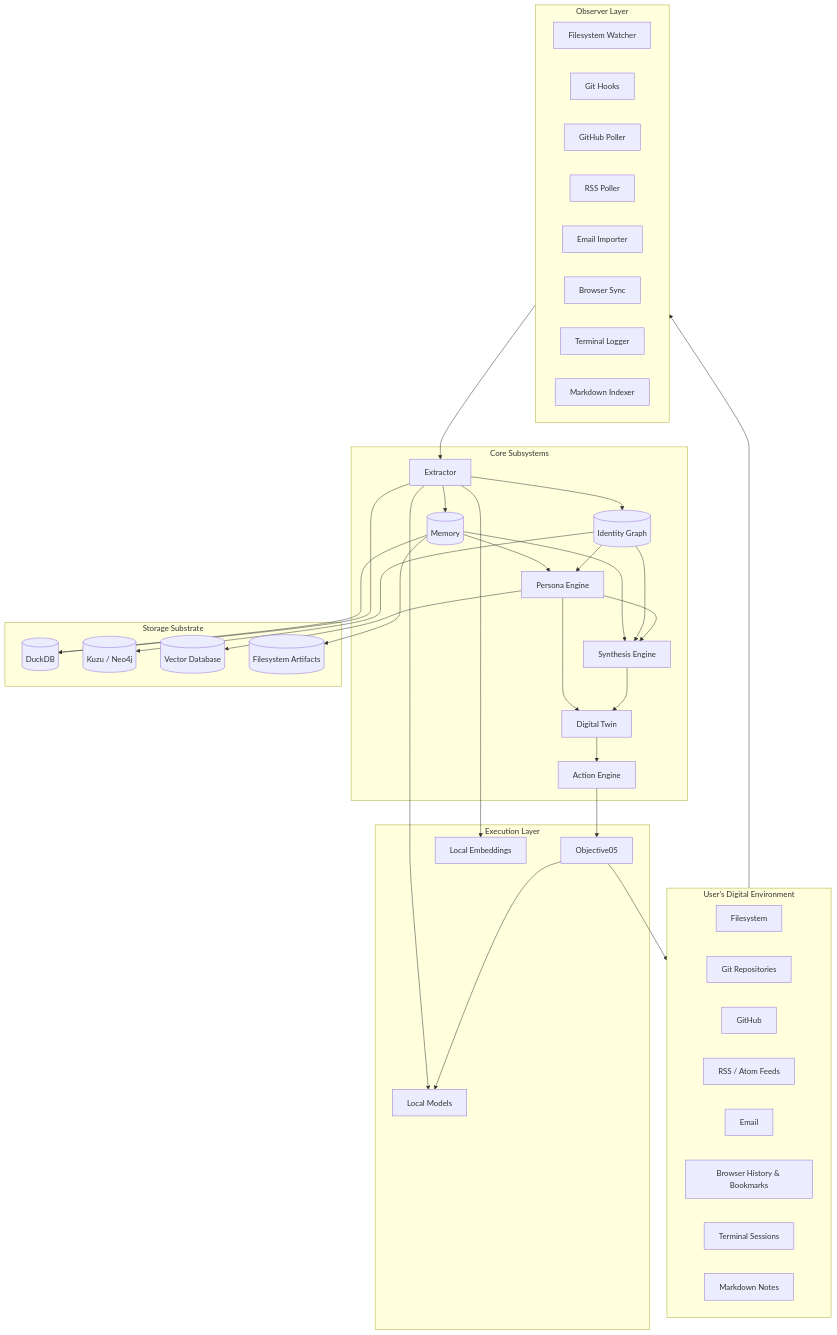
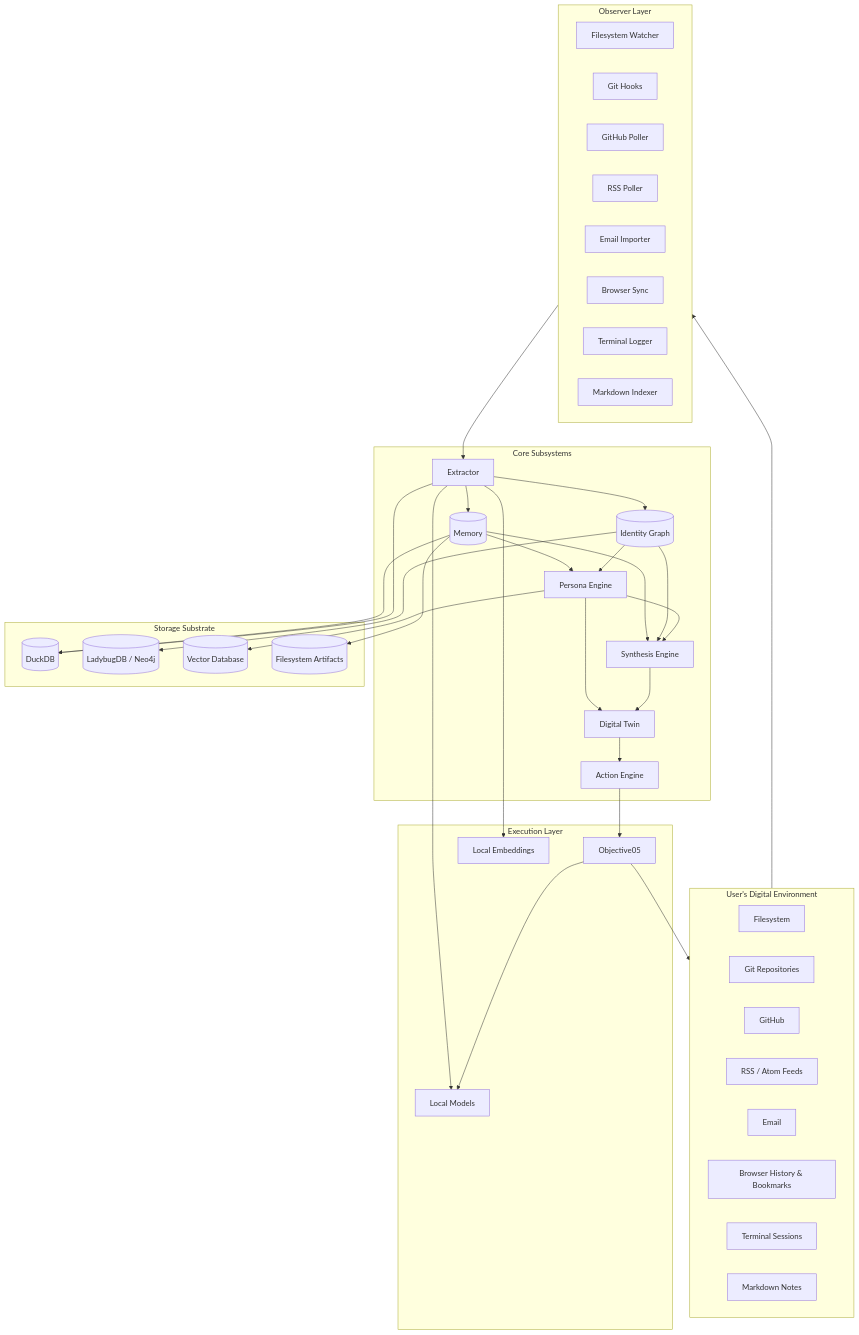
The diagram in README.md (kliewerdaniel/objective06), drawn with Mermaid before and after one commit. The commit also changed other lines of this file and 35 other files, not shown here.

````diff
--- a/README.md
+++ b/README.md
@@ -97,72 +97,72 @@
 ```mermaid
 flowchart TB
     subgraph User["User's Digital Environment"]
         FS[Filesystem]
         GIT[Git Repositories]
         GH[GitHub]
         RSS[RSS / Atom Feeds]
         MAIL[Email]
         BR[Browser History & Bookmarks]
         TERM[Terminal Sessions]
         MD[Markdown Notes]
     end
 
     subgraph Observer["Observer Layer"]
         O1[Filesystem Watcher]
         O2[Git Hooks]
         O3[GitHub Poller]
         O4[RSS Poller]
         O5[Email Importer]
         O6[Browser Sync]
         O7[Terminal Logger]
         O8[Markdown Indexer]
     end
 
     subgraph Core["Core Subsystems"]
         EX[Extractor]
         MEM[(Memory)]
         IG[(Identity Graph)]
         PV[Persona Engine]
         DT[Digital Twin]
         SY[Synthesis Engine]
         AC[Action Engine]
     end
 
     subgraph Storage["Storage Substrate"]
         DDB[(DuckDB)]
-        KG[(Kuzu / Neo4j)]
+        KG[(LadybugDB / Neo4j)]
         VDB[(Vector Database)]
         FS_RAW[(Filesystem Artifacts)]
     end
 
     subgraph Execution["Execution Layer"]
         O5L[Objective05]
         LM[Local Models]
         EMB[Local Embeddings]
     end
 
     User --> Observer
     Observer --> EX
     EX --> MEM
     EX --> IG
     MEM --> PV
     IG --> PV
     PV --> DT
     MEM --> SY
     IG --> SY
     PV --> SY
     SY --> DT
     DT --> AC
     AC --> O5L
     O5L --> User
 
     MEM --> DDB
     MEM --> FS_RAW
     IG --> KG
     PV --> VDB
     EX --> LM
     EX --> EMB
     EX --> DDB
 
     O5L --> LM
 ```
````
